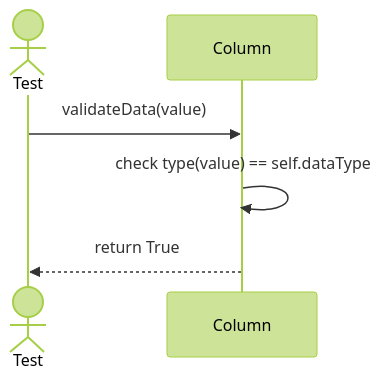
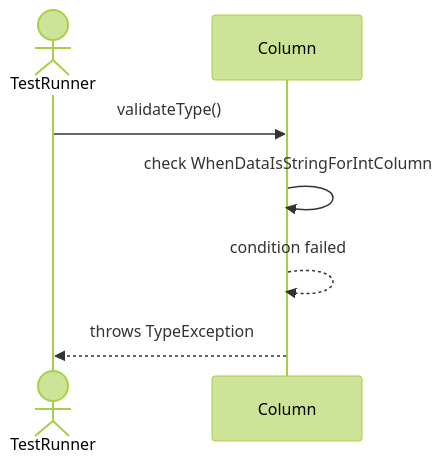
Before and after one commit to TamBui1706/DBMS: the third of 7 diagrams in Sequences/DatabaseObjectManagement/Column.md, drawn with Mermaid (forest theme). The commit also changed other lines of this file and 63 other files, not shown here.

Commit message:
Draw sequence diagram for unit tests

````diff
--- a/Sequences/DatabaseObjectManagement/Column.md
+++ b/Sequences/DatabaseObjectManagement/Column.md
@@ -27,9 +45,9 @@
 ```mermaid
 sequenceDiagram
-    actor Test
+    actor TestRunner
     participant Column
-
-    Test->>Column: validateData(value)
-    Column->>Column: check type(value) == self.dataType
-    Column-->>Test: return True
+    TestRunner->>Column: validateType()
+    Column->>Column: check WhenDataIsStringForIntColumn
+    Column-->>Column: condition failed
+    Column-->>TestRunner: throws TypeException
 ```
````
